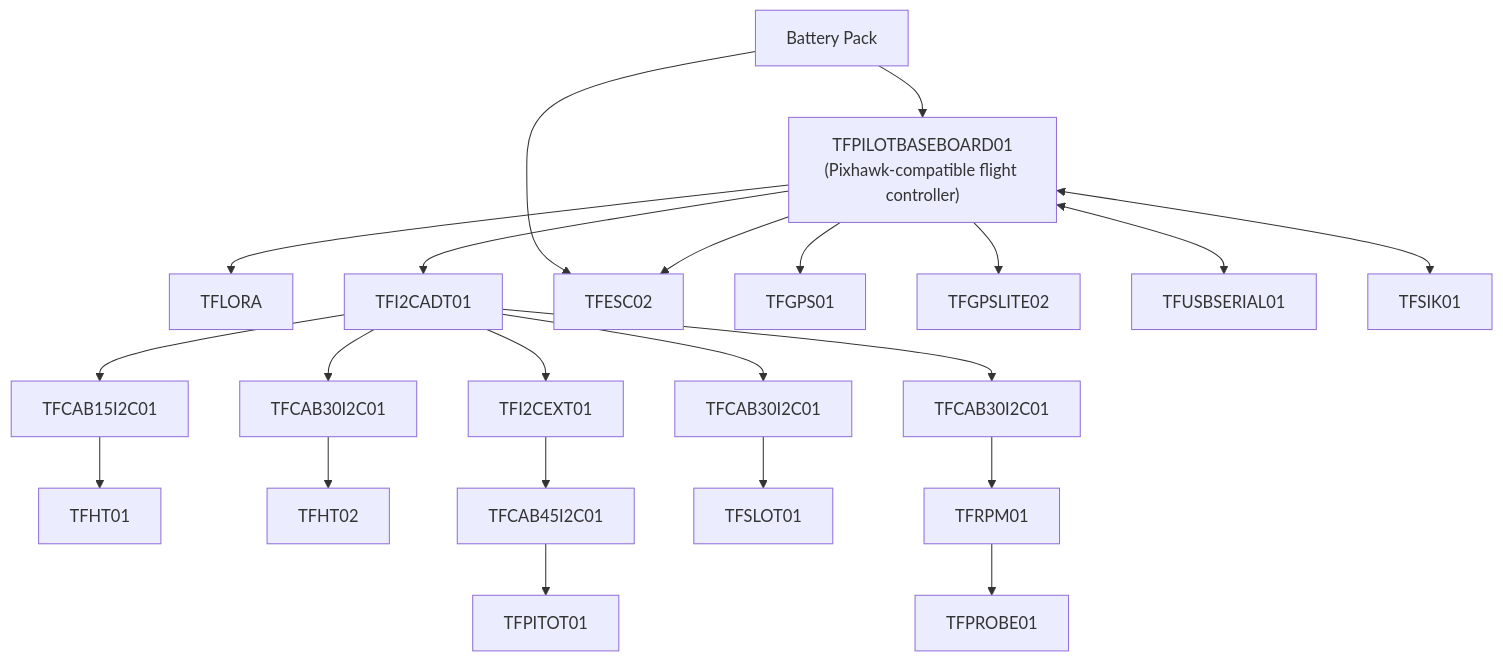
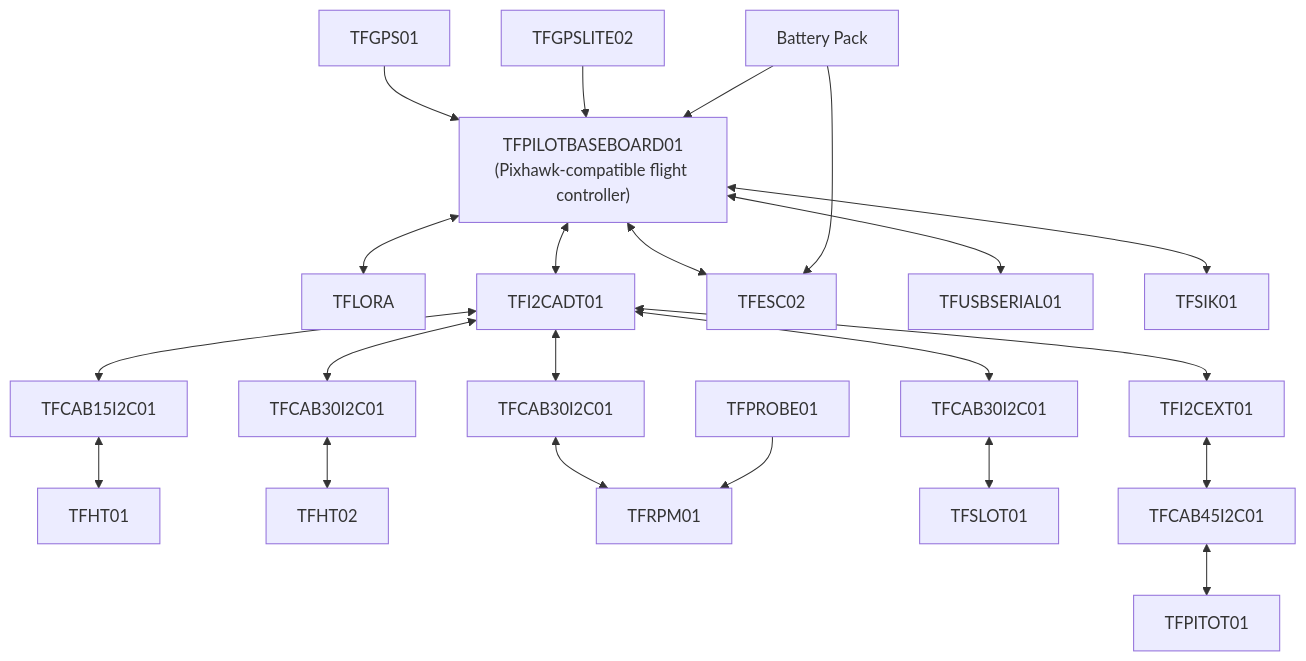
One commit to ThunderFly-aerospace/docs changed the diagram in avionics/index.md. Above: the diagram before and after it, drawn with Mermaid.

Commit message:
Update flow chart connection.

```diff
--- a/avionics/index.md
+++ b/avionics/index.md
@@ -45,29 +45,28 @@
 
 
 %% Edges (plain)
-FC --> TFLORA
-FC --> TFI2CADT01
-FC --> TFESC02
+FC <--> TFLORA
+FC <--> TFI2CADT01
+FC <--> TFESC02
 
 
-TFI2CADT01 --> TFI2CEXT01
+TFI2CADT01 <--> TFI2CEXT01
 
 
 %% Sensors over dedicated cables
-TFI2CADT01 --> CAB15_HT01 --> TFHT01
-TFI2CADT01 --> CAB20_HT02 --> TFHT02
-TFI2CADT01 --> CAB20_RPM --> TFRPM01
-TFI2CADT01 --> CAB20_SLOT --> TFSLOT01
-TFI2CEXT01 --> CAB45_PITOT --> TFPITOT01
-
+TFI2CADT01 <--> CAB15_HT01 <--> TFHT01
+TFI2CADT01 <--> CAB20_HT02 <--> TFHT02
+TFI2CADT01 <--> CAB20_RPM <--> TFRPM01
+TFI2CADT01 <--> CAB20_SLOT <--> TFSLOT01
+TFI2CEXT01 <--> CAB45_PITOT <--> TFPITOT01
 
 %% Probe on TFRPM01
-TFRPM01 --> TFPROBE01
+TFPROBE01 -->  TFRPM01
 
 
 %% Other peripherals
-FC --> TFGPS01
-FC --> TFGPSLITE02
+TFGPS01 --> FC
+TFGPSLITE02 --> FC
 FC <--> TFUSBSERIAL01
 FC <--> TFSIK01
 
```
